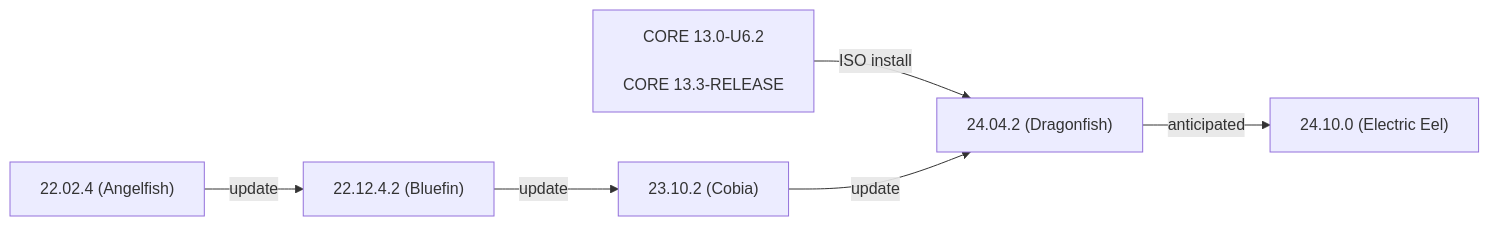
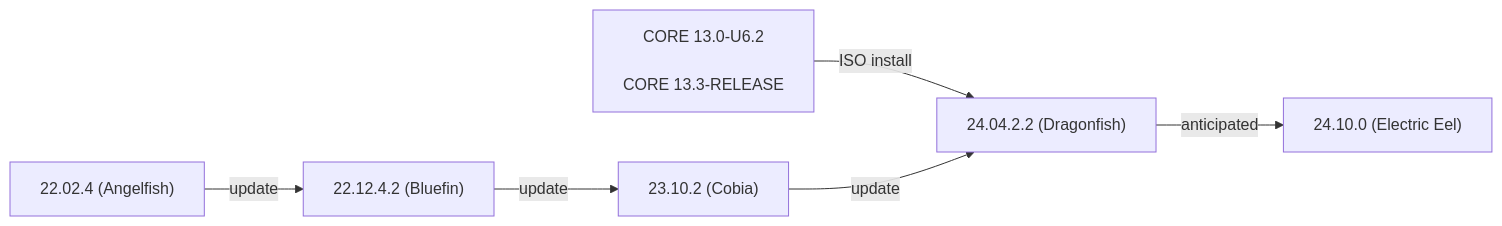
The first of 2 diagrams in static/includes/SCALEUpgradePaths.md (truenas/documentation), drawn with Mermaid before and after one commit. The commit also changed other lines of this file and 2 other files, not shown here.

Commit message:
24.04.2.2 release followup (24.10 branch)

```diff
--- a/static/includes/SCALEUpgradePaths.md
+++ b/static/includes/SCALEUpgradePaths.md
@@ -49,9 +49,9 @@
           {{< mermaid class="mermaid_sizing" >}}
           flowchart LR
             A["22.02.4 (Angelfish)"] -->|update| C
             B["CORE 13.0-U6.2<br><br>CORE 13.3-RELEASE"] -->|ISO install| E
             C["22.12.4.2 (Bluefin)"] -->|update| D
             D["23.10.2 (Cobia)"] -->|update| E
-            E["24.04.2 (Dragonfish)"] -->|anticipated| H
+            E["24.04.2.2 (Dragonfish)"] -->|anticipated| H
             H["24.10.0 (Electric Eel)"]
           {{< /mermaid >}}
```
